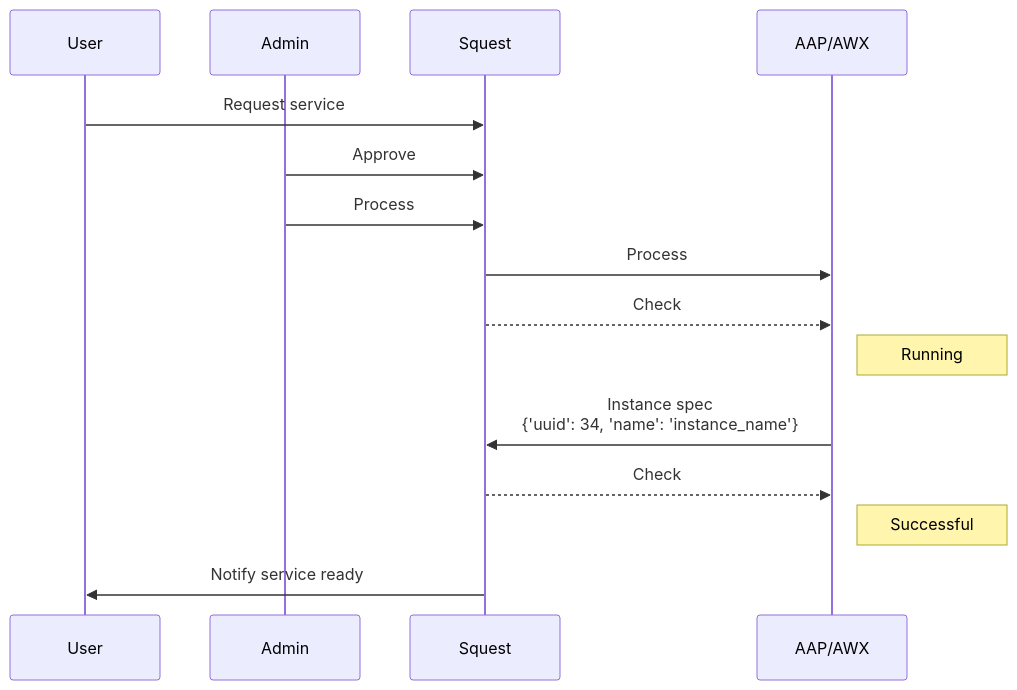
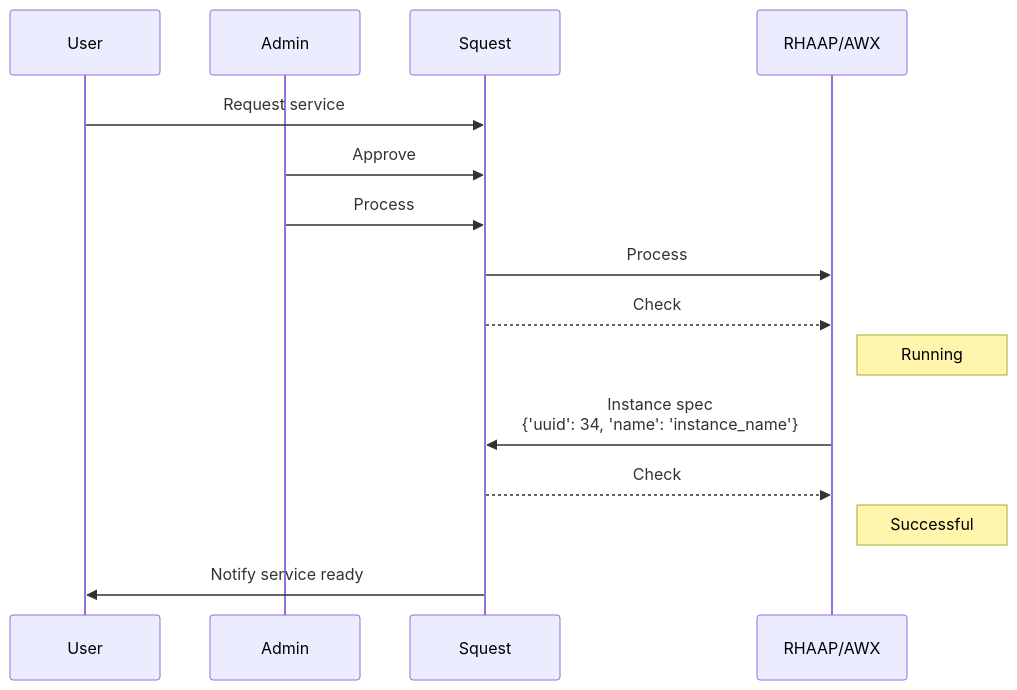
Before and after one commit to HewlettPackard/squest: the first of 2 diagrams in docs/manual/service_catalog/concept.md, drawn with Mermaid. The commit also changed other lines of this file and 16 other files, not shown here.

Commit message:
rename AAP --> RHAAP

````diff
--- a/docs/manual/service_catalog/concept.md
+++ b/docs/manual/service_catalog/concept.md
@@ -19,17 +19,17 @@
 ```mermaid
 sequenceDiagram
     participant User
     participant Admin
     participant Squest
-    participant AAP/AWX
+    participant RHAAP/AWX
     User->>Squest: Request service
     Admin->>Squest: Approve
     Admin->>Squest: Process
-    Squest->>AAP/AWX: Process
-    Squest-->>AAP/AWX: Check
-    Note right of AAP/AWX: Running
-    AAP/AWX->>Squest: Instance spec <br> {'uuid': 34, 'name': 'instance_name'}
-    Squest-->>AAP/AWX: Check
-    Note right of AAP/AWX: Successful    
+    Squest->>RHAAP/AWX: Process
+    Squest-->>RHAAP/AWX: Check
+    Note right of RHAAP/AWX: Running
+    RHAAP/AWX->>Squest: Instance spec <br> {'uuid': 34, 'name': 'instance_name'}
+    Squest-->>RHAAP/AWX: Check
+    Note right of RHAAP/AWX: Successful    
     Squest->>User: Notify service ready
 ```
````
